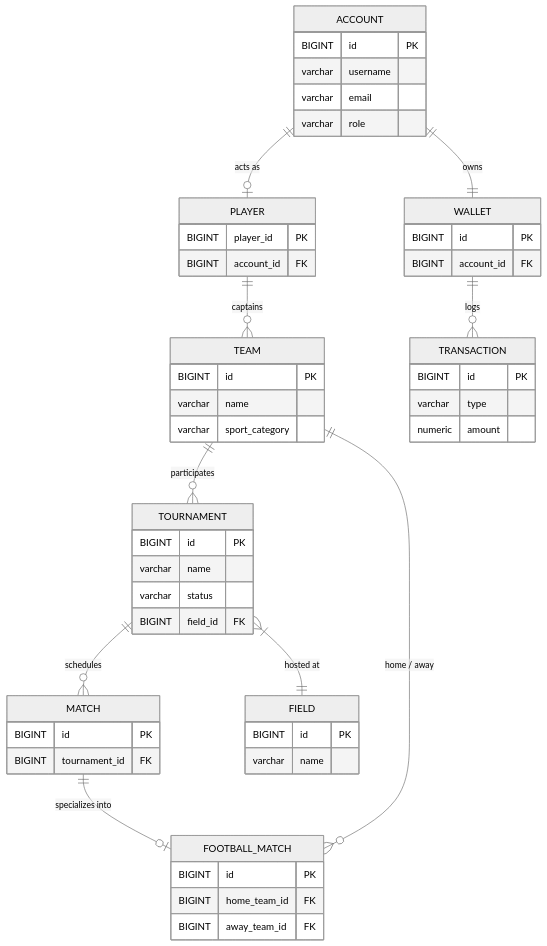
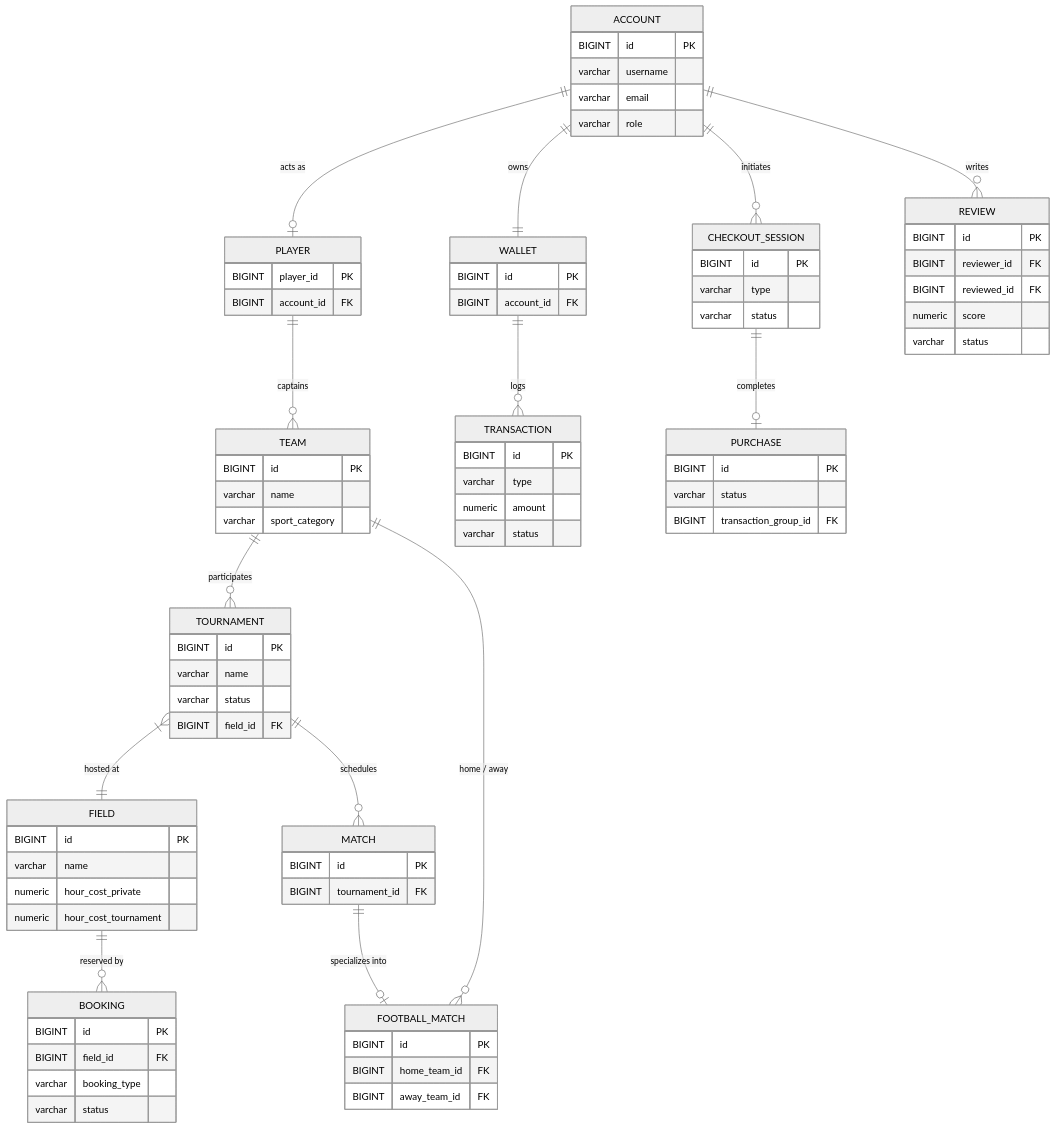
One commit to lorisdj02/atl-backend changed the fourth of 4 diagrams in README.md. Above: the diagram before and after it, drawn with Mermaid (neutral theme). The commit also changed other lines of this file, not shown here.

Commit message:
docs: overhaul backend README with comprehensive architecture, roles, and feature flows

````diff
--- a/README.md
+++ b/README.md
@@ -116,6 +159,8 @@
     FIELD {
         BIGINT id PK
         varchar name
+        numeric hour_cost_private
+        numeric hour_cost_tournament
     }
     WALLET {
         BIGINT id PK
@@ -125,6 +170,30 @@
         BIGINT id PK
         varchar type
         numeric amount
+        varchar status
+    }
+    CHECKOUT_SESSION {
+        BIGINT id PK
+        varchar type
+        varchar status
+    }
+    PURCHASE {
+        BIGINT id PK
+        varchar status
+        BIGINT transaction_group_id FK
+    }
+    BOOKING {
+        BIGINT id PK
+        BIGINT field_id FK
+        varchar booking_type
+        varchar status
+    }
+    REVIEW {
+        BIGINT id PK
+        BIGINT reviewer_id FK
+        BIGINT reviewed_id FK
+        numeric score
+        varchar status
     }
 
     ACCOUNT ||--o| PLAYER : "acts as"
@@ -136,4 +205,8 @@
     TOURNAMENT ||--o{ MATCH : "schedules"
     MATCH ||--o| FOOTBALL_MATCH : "specializes into"
     FOOTBALL_MATCH }o--|| TEAM : "home / away"
+    FIELD ||--o{ BOOKING : "reserved by"
+    ACCOUNT ||--o{ CHECKOUT_SESSION : "initiates"
+    CHECKOUT_SESSION ||--o| PURCHASE : "completes"
+    ACCOUNT ||--o{ REVIEW : "writes"
 ```
````
